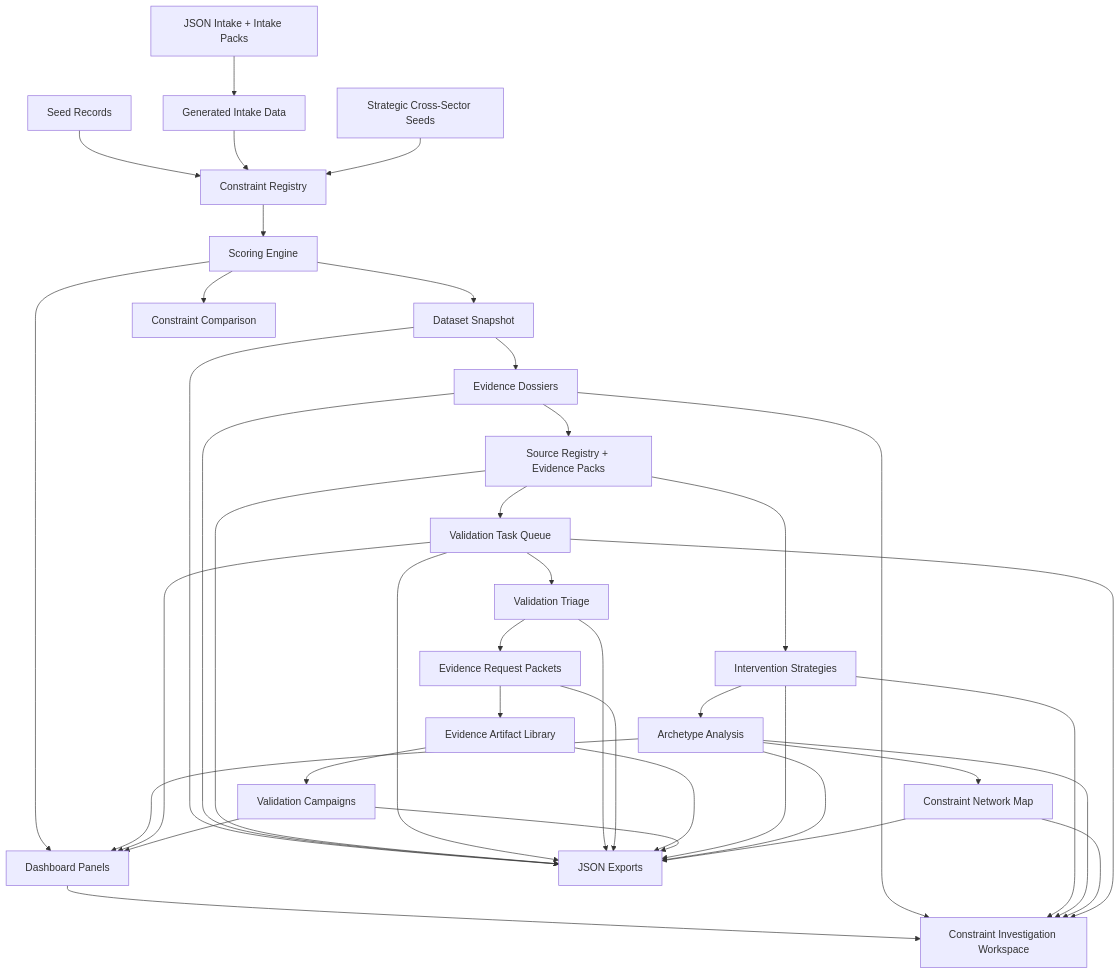
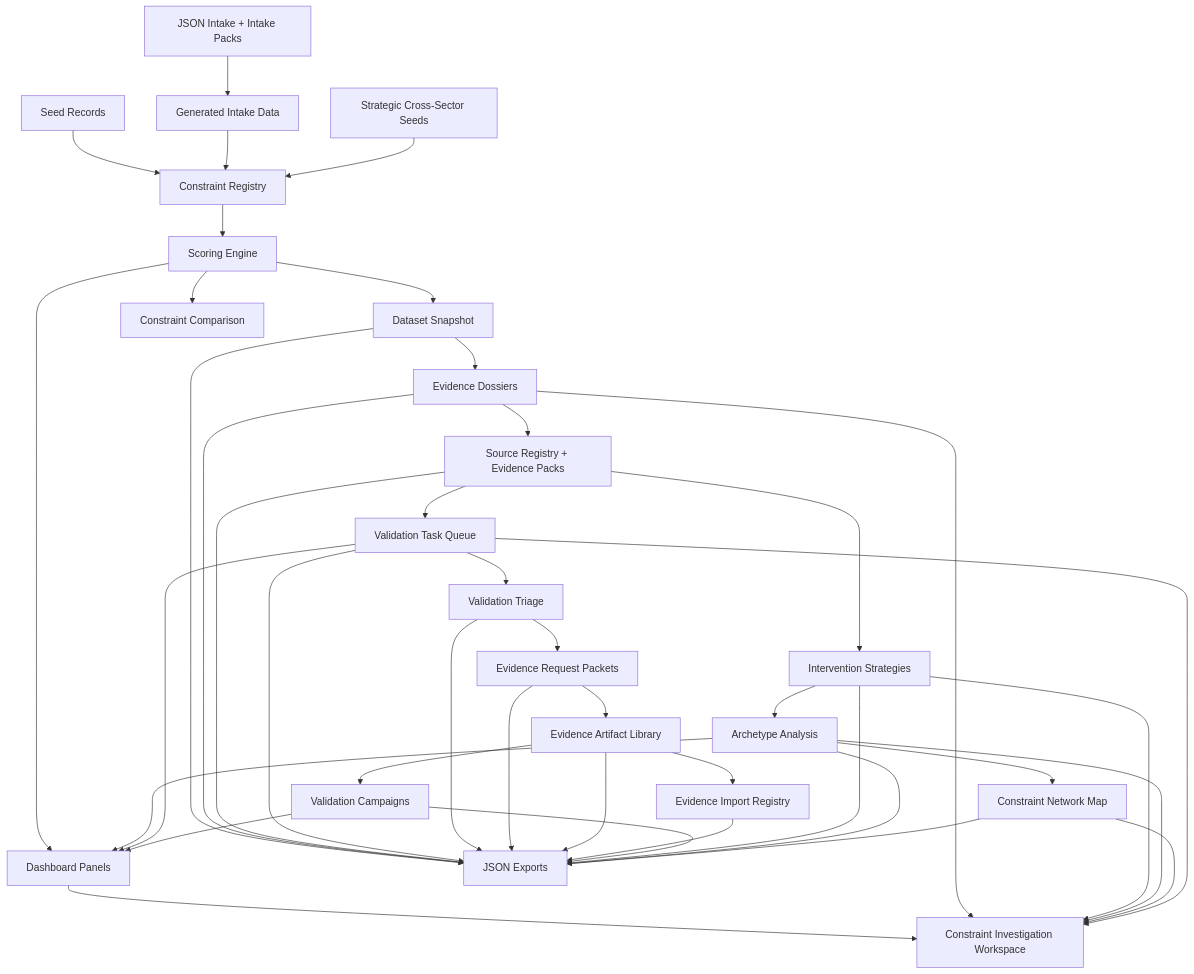
Before and after one commit to EtherTabu/economic-x-ray-vision: the second of 2 diagrams in README.md, drawn with Mermaid. The commit also changed other lines of this file and 11 other files, not shown here.

Commit message:
Add evidence import contract

````diff
--- a/README.md
+++ b/README.md
@@ -149,41 +153,43 @@
 ```mermaid
 flowchart TD
   A["Seed Records"] --> C["Constraint Registry"]
   B["JSON Intake + Intake Packs"] --> D["Generated Intake Data"]
   D --> C
   E["Strategic Cross-Sector Seeds"] --> C
   C --> F["Scoring Engine"]
   F --> G["Dataset Snapshot"]
   G --> H["Evidence Dossiers"]
   H --> O["Source Registry + Evidence Packs"]
   O --> P["Validation Task Queue"]
   P --> Q["Validation Triage"]
   Q --> R["Evidence Request Packets"]
   R --> U["Evidence Artifact Library"]
+  U --> V["Evidence Import Registry"]
   U --> S["Validation Campaigns"]
   O --> I["Intervention Strategies"]
   I --> J["Archetype Analysis"]
   J --> N["Constraint Network Map"]
   F --> T["Constraint Comparison"]
   F --> K["Dashboard Panels"]
   K --> M["Constraint Investigation Workspace"]
   H --> M
   I --> M
   J --> M
   N --> M
   P --> M
   G --> L["JSON Exports"]
   H --> L
   O --> L
   P --> L
   Q --> L
   R --> L
   U --> L
+  V --> L
   S --> L
   I --> L
   J --> L
   N --> L
   J --> K
   P --> K
   S --> K
 ```
````
